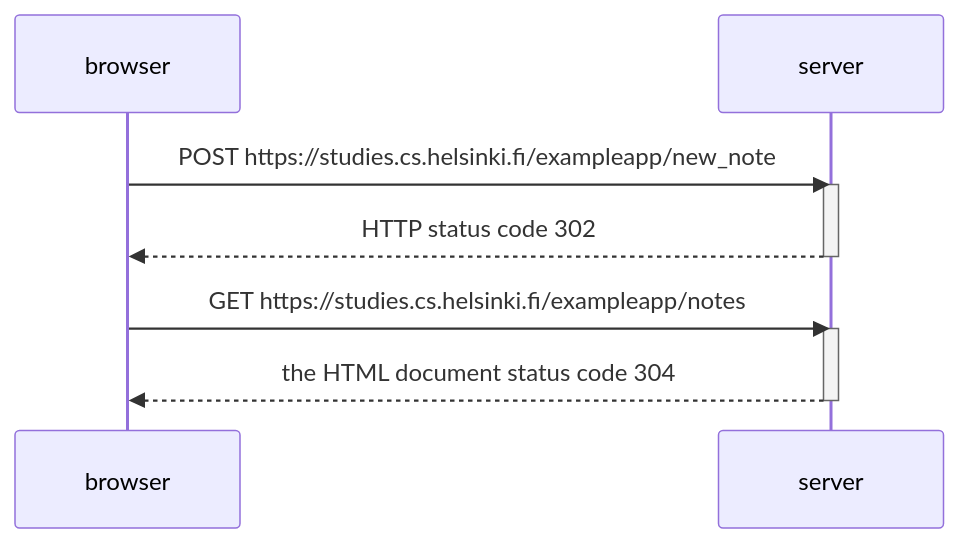
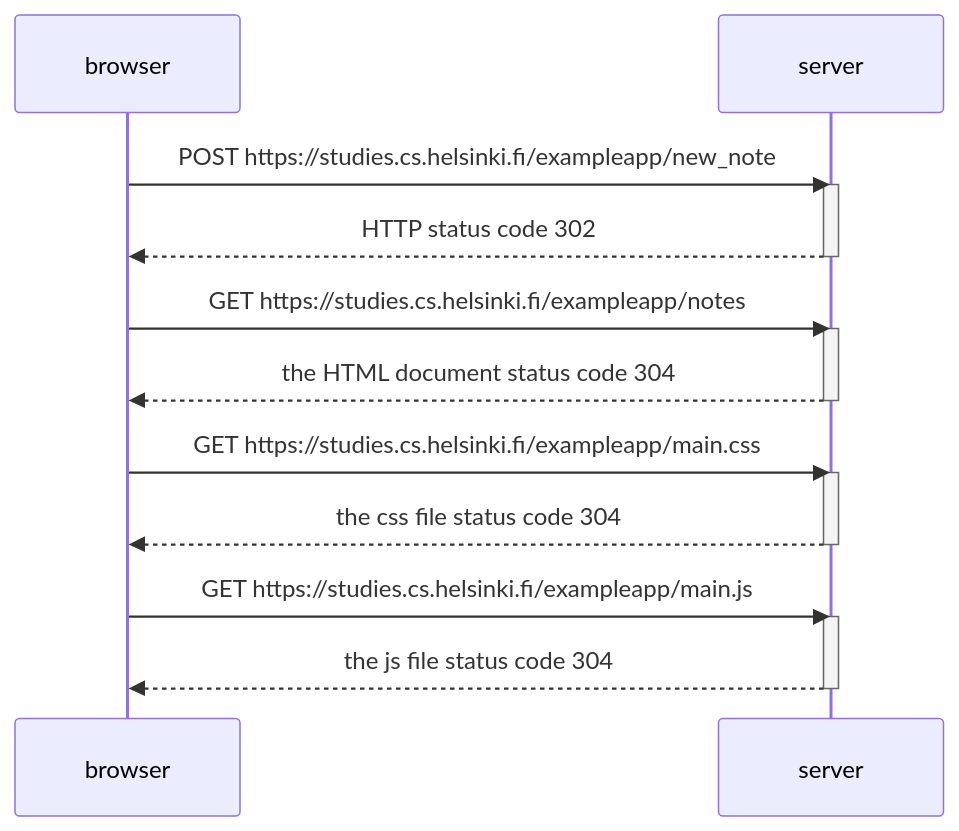
Before and after one commit to nimesha/fullstackopen: the diagram in part0/0.4: New note diagram.md, drawn with Mermaid.

Commit message:
CSS and JS

````diff
--- a/part0/0.4: New note diagram.md
+++ b/part0/0.4: New note diagram.md
@@ -1,15 +1,25 @@
 ```mermaid
 sequenceDiagram
     participant browser
     participant server
 
     browser->>server: POST https://studies.cs.helsinki.fi/exampleapp/new_note
     activate server
     server-->>browser: HTTP status code 302
     deactivate server
 
     browser->>server: GET https://studies.cs.helsinki.fi/exampleapp/notes
     activate server
     server-->>browser: the HTML document status code 304
     deactivate server
+
+    browser->>server: GET https://studies.cs.helsinki.fi/exampleapp/main.css
+    activate server
+    server-->>browser: the css file status code 304
+    deactivate server
+
+    browser->>server: GET https://studies.cs.helsinki.fi/exampleapp/main.js
+    activate server
+    server-->>browser: the js file status code 304
+    deactivate server
 ```
````
